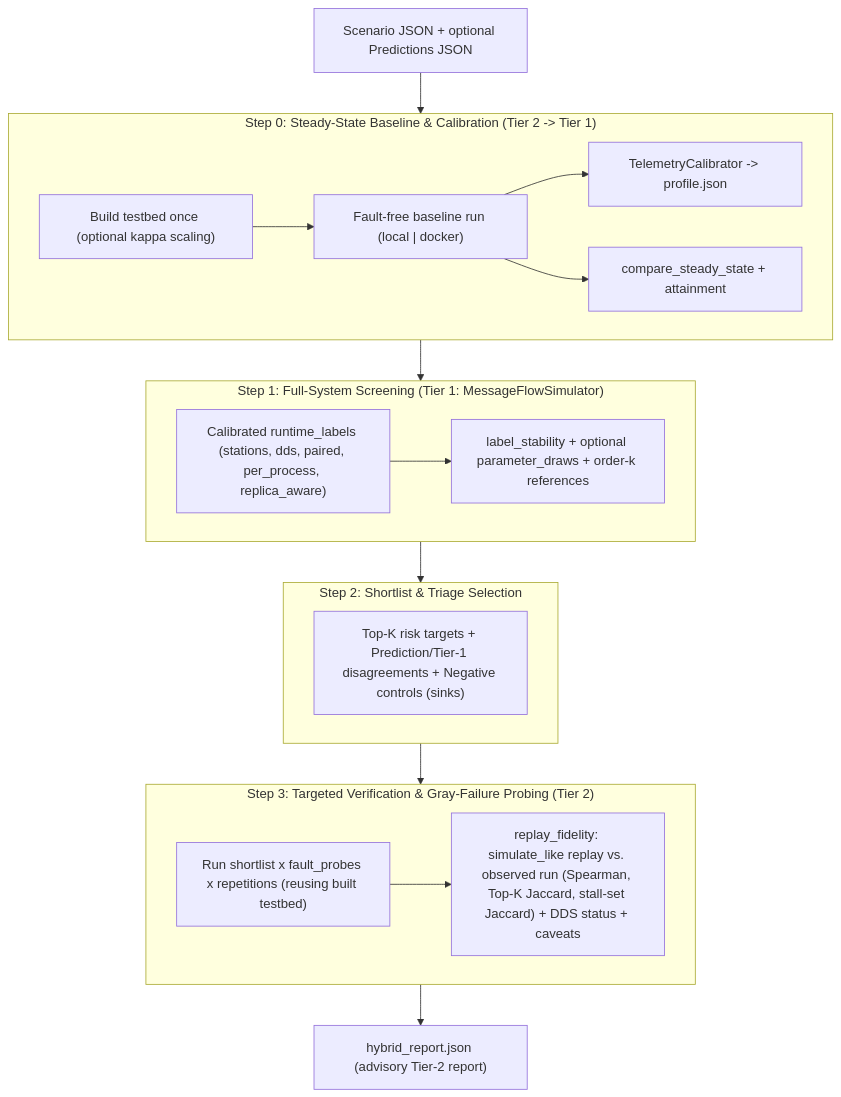
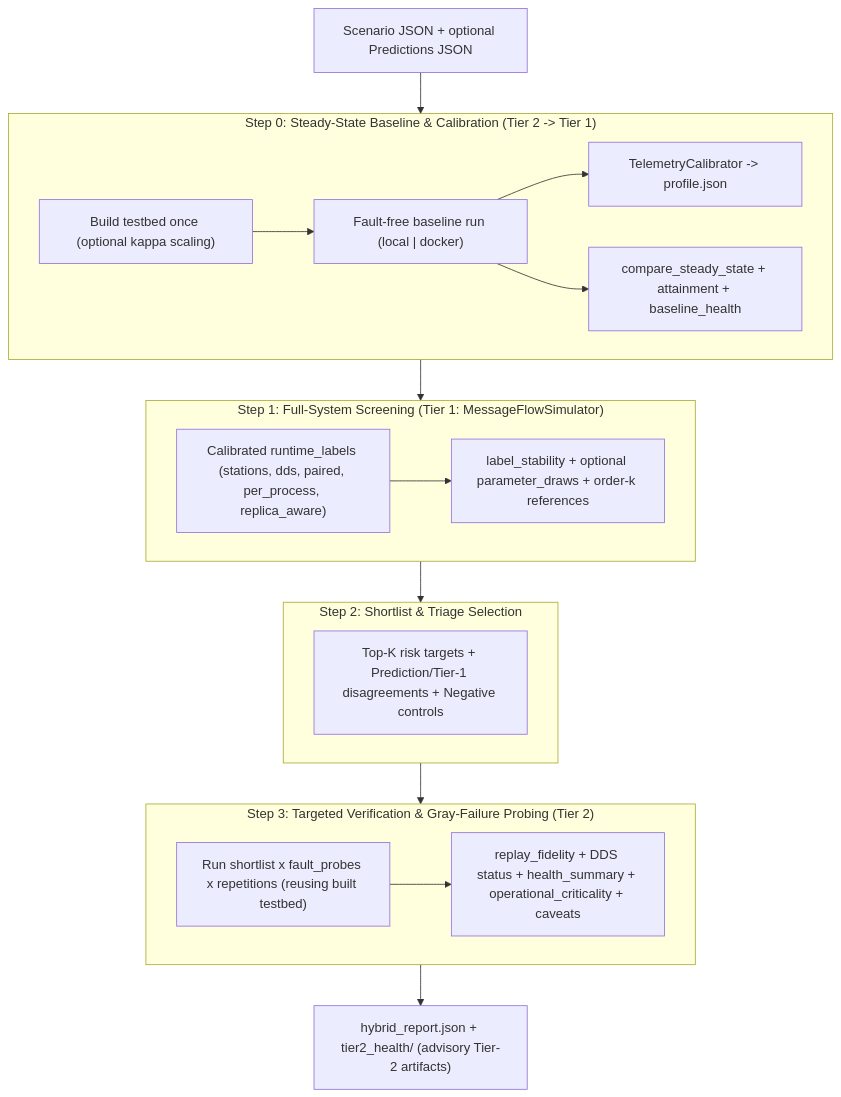
One commit to onuralpyigit/software-as-a-graph changed the third of 3 diagrams in docs/simulation-extensions.md. Above: the diagram before and after it, drawn with Mermaid. The commit also changed other lines of this file and 5 other files, not shown here.

First line of the commit message:
Enhance documentation and functionality for testbed health and operational criticality

````diff
--- a/docs/simulation-extensions.md
+++ b/docs/simulation-extensions.md
@@ -338,24 +341,24 @@
 ```mermaid
 flowchart TD
     IN["Scenario JSON + optional Predictions JSON"] --> S0
     subgraph S0["Step 0: Steady-State Baseline & Calibration (Tier 2 -> Tier 1)"]
         B["Build testbed once (optional kappa scaling)"] --> R0["Fault-free baseline run (local | docker)"]
         R0 --> CAL["TelemetryCalibrator -> profile.json"]
-        R0 --> SS["compare_steady_state + attainment"]
+        R0 --> SS["compare_steady_state + attainment + baseline_health"]
     end
     S0 --> S1
     subgraph S1["Step 1: Full-System Screening (Tier 1: MessageFlowSimulator)"]
         SW["Calibrated runtime_labels (stations, dds, paired, per_process, replica_aware)"]
         SW --> STAB["label_stability + optional parameter_draws + order-k references"]
     end
     S1 --> S2
     subgraph S2["Step 2: Shortlist & Triage Selection"]
-        SEL["Top-K risk targets + Prediction/Tier-1 disagreements + Negative controls (sinks)"]
+        SEL["Top-K risk targets + Prediction/Tier-1 disagreements + Negative controls"]
     end
     S2 --> S3
     subgraph S3["Step 3: Targeted Verification & Gray-Failure Probing (Tier 2)"]
         PR["Run shortlist x fault_probes x repetitions (reusing built testbed)"]
-        PR --> FID["replay_fidelity: simulate_like replay vs. observed run (Spearman, Top-K Jaccard, stall-set Jaccard) + DDS status + caveats"]
+        PR --> FID["replay_fidelity + DDS status + health_summary + operational_criticality + caveats"]
     end
-    S3 --> OUT["hybrid_report.json (advisory Tier-2 report)"]
+    S3 --> OUT["hybrid_report.json + tier2_health/ (advisory Tier-2 artifacts)"]
 ```
````
